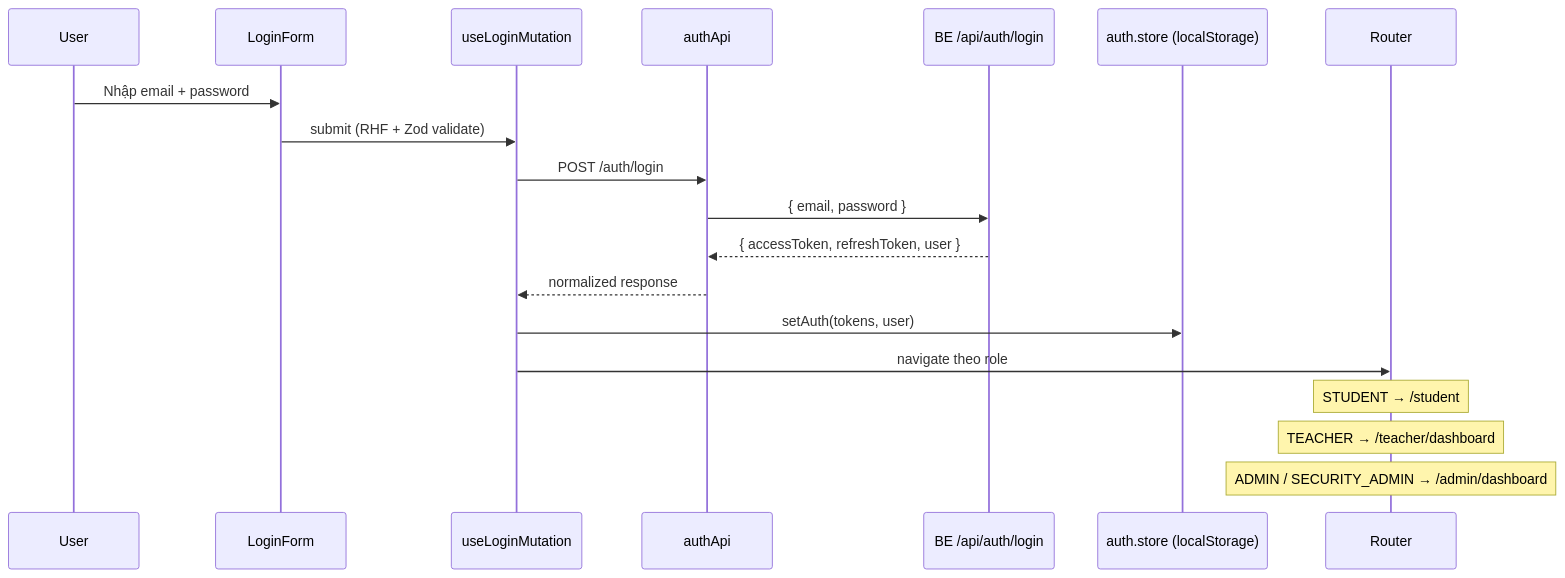
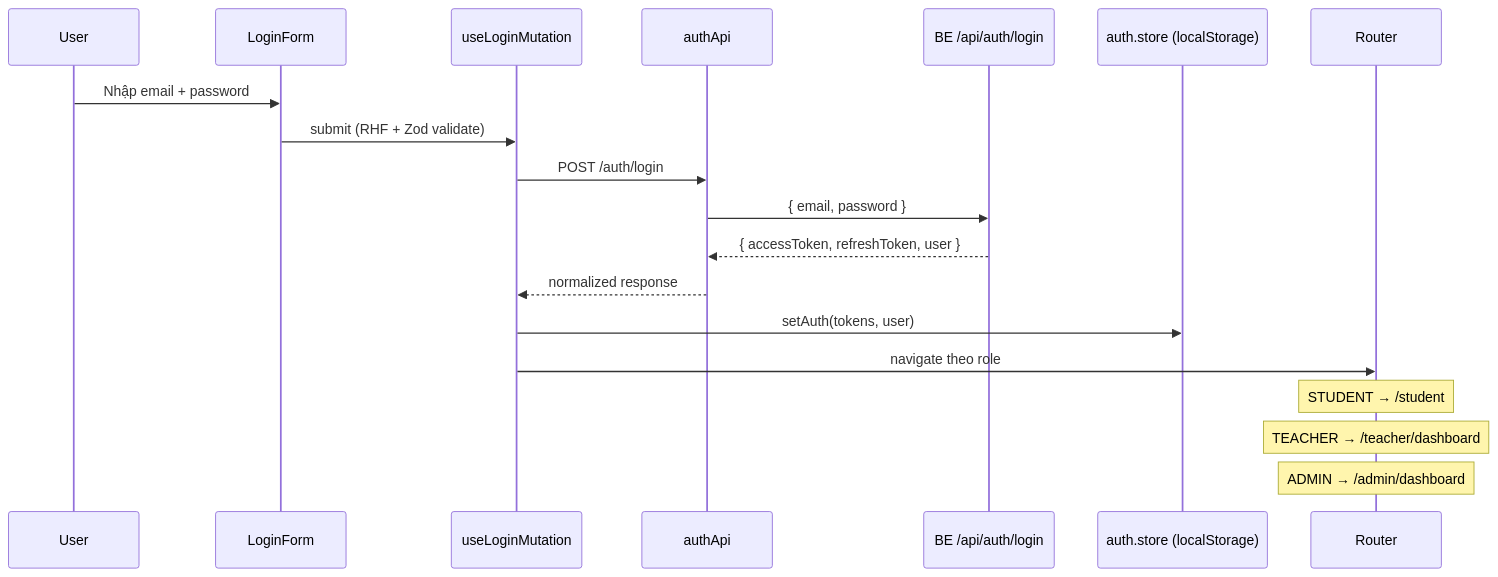
One commit to DarkEmperor16/GROUP_PROJECT_OJT changed the first of 3 diagrams in FE/TEAM-HANDOFF.md. Above: the diagram before and after it, drawn with Mermaid. The commit also changed other lines of this file and 69 other files, not shown here.

````diff
--- a/FE/TEAM-HANDOFF.md
+++ b/FE/TEAM-HANDOFF.md
@@ -25,23 +25,23 @@
 ```mermaid
 sequenceDiagram
     participant User
     participant LoginForm
     participant useLoginMutation
     participant authApi
     participant BE as BE /api/auth/login
     participant Zustand as auth.store (localStorage)
     participant Router
 
     User->>LoginForm: Nhập email + password
     LoginForm->>useLoginMutation: submit (RHF + Zod validate)
     useLoginMutation->>authApi: POST /auth/login
     authApi->>BE: { email, password }
     BE-->>authApi: { accessToken, refreshToken, user }
     authApi-->>useLoginMutation: normalized response
     useLoginMutation->>Zustand: setAuth(tokens, user)
     useLoginMutation->>Router: navigate theo role
 
     Note over Router: STUDENT → /student
     Note over Router: TEACHER → /teacher/dashboard
-    Note over Router: ADMIN / SECURITY_ADMIN → /admin/dashboard
+    Note over Router: ADMIN → /admin/dashboard
 ```
````
